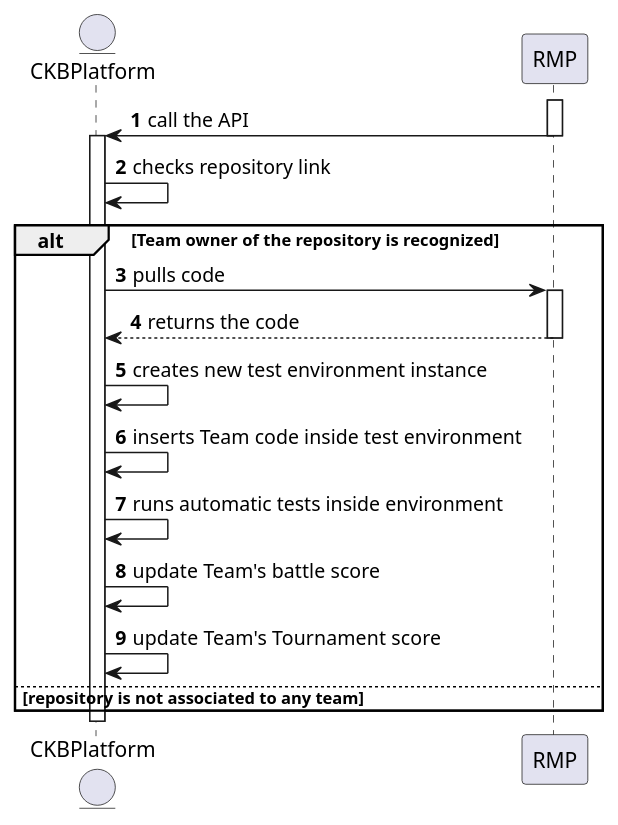
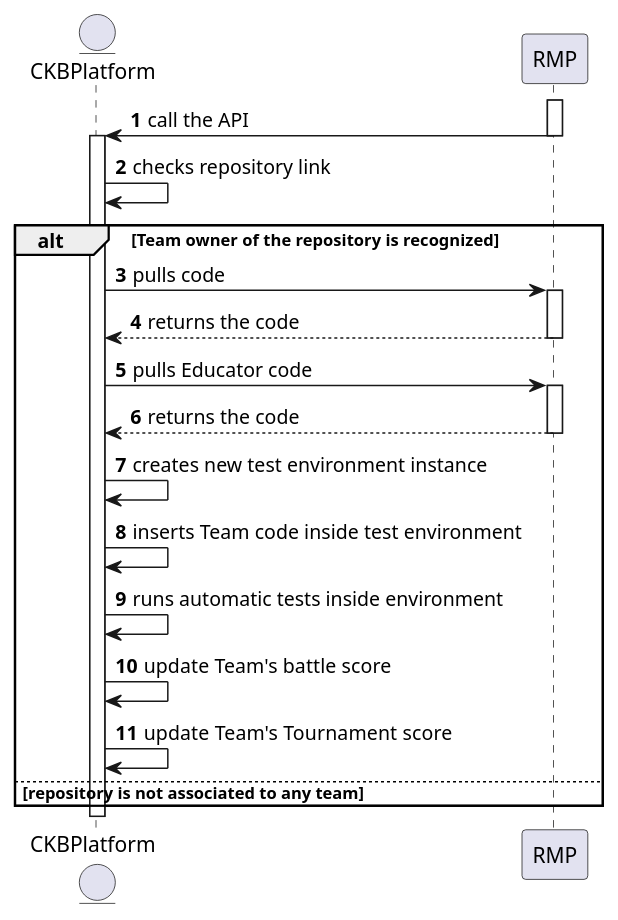
The diagram in _RASD/Images/UML/sequenceDiagram/sequenceDiagramUC9.wsd (Angelo7672/SE2_Requirement-and-Design-Document), drawn with PlantUML before and after one commit. The commit also changed 5 other files, not shown here.

```diff
--- a/_RASD/Images/UML/sequenceDiagram/sequenceDiagramUC9.wsd
+++ b/_RASD/Images/UML/sequenceDiagram/sequenceDiagramUC9.wsd
@@ -1,28 +1,32 @@
 @startuml
 
 autonumber
 
 entity CKBPlatform as P
 participant RMP as R
 
 activate R
 R -> P: call the API
 deactivate R
 activate P
 P -> P: checks repository link
 
 alt Team owner of the repository is recognized
     P -> R: pulls code
     activate R
     R --> P: returns the code
     deactivate R
+    P -> R: pulls Educator code
+    activate R
+    R --> P: returns the code
+    deactivate R
     P -> P: creates new test environment instance
     P -> P: inserts Team code inside test environment
     P -> P: runs automatic tests inside environment
     P -> P: update Team's battle score 
     P -> P: update Team's Tournament score
 else repository is not associated to any team
 end
 deactivate P
 
 @enduml
```
